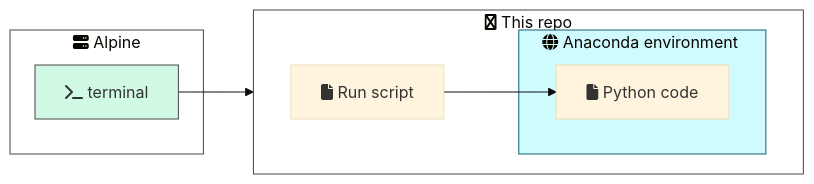
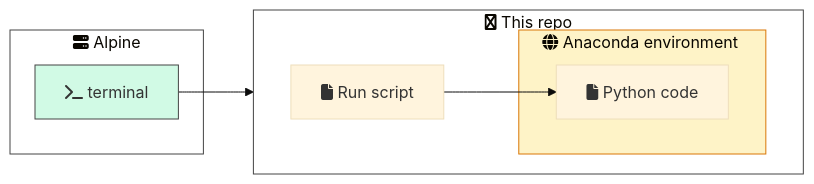
The first of 5 diagrams in README.md (CU-DBMI/example-hpc-alpine-python), drawn with Mermaid (base theme) before and after one commit. The commit also changed other lines of this file and 1 other file, not shown here.

Commit message:
implementation diagram and init content; run scrpt

````diff
--- a/README.md
+++ b/README.md
@@ -3,21 +3,21 @@
 ```mermaid
 flowchart LR
     subgraph repo["fa:fa-github This repo"]
         direction LR
         subgraph conda_env["&nbsp;fa:fa-globe Anaconda environment &nbsp;"]
             python_code["fa:fa-file Python code"]
         end
         run_script["fa:fa-file Run script"]
     end
     subgraph alpine["fa:fa-server Alpine"]
         alpine_terminal["fa:fa-terminal terminal"]
     end
 
     alpine_terminal --> run_script
     run_script --> python_code
 
-style conda_env fill:#CFFAFE,stroke:#155E75;
+style conda_env fill:#FEF3C7,stroke:#D97706;
 style repo fill:#ffffff,stroke:#444444;
 style alpine fill:#ffffff,stroke:#444444;
 style alpine_terminal fill:#D1FAE5,stroke:#444444;
 ```
````
